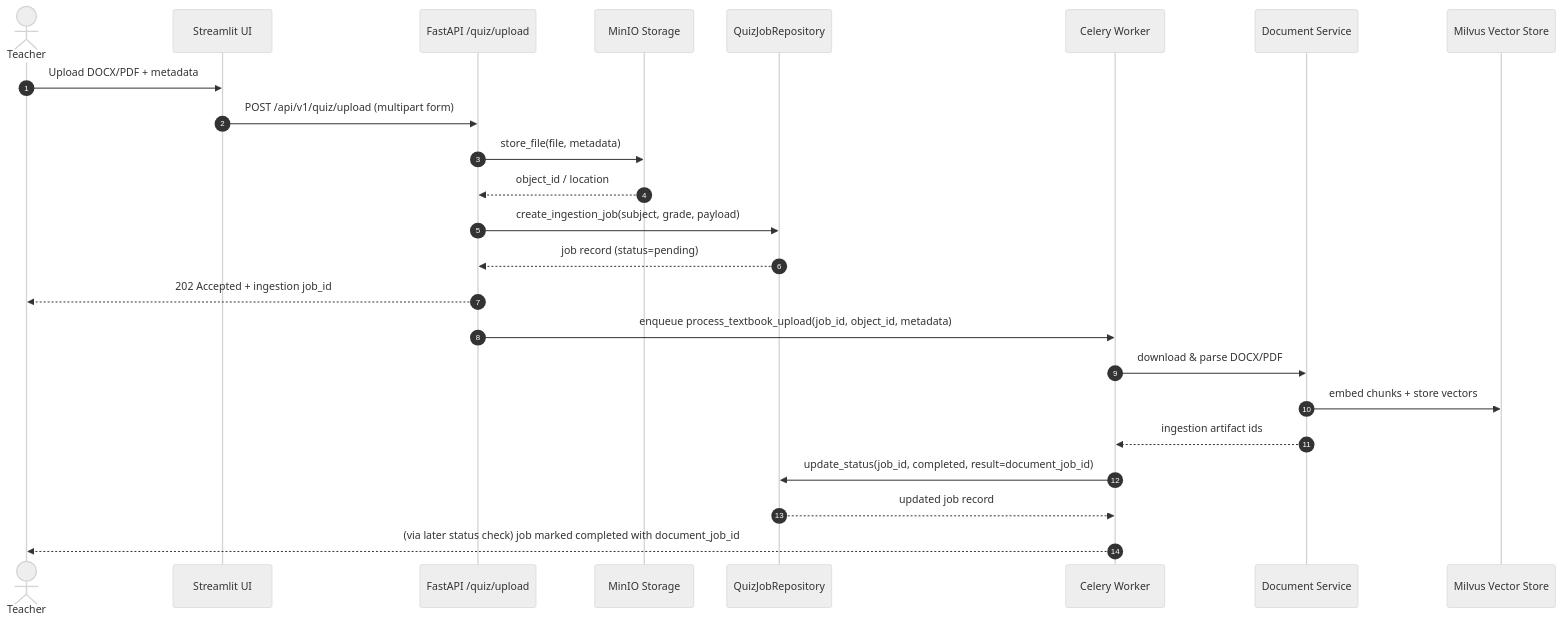
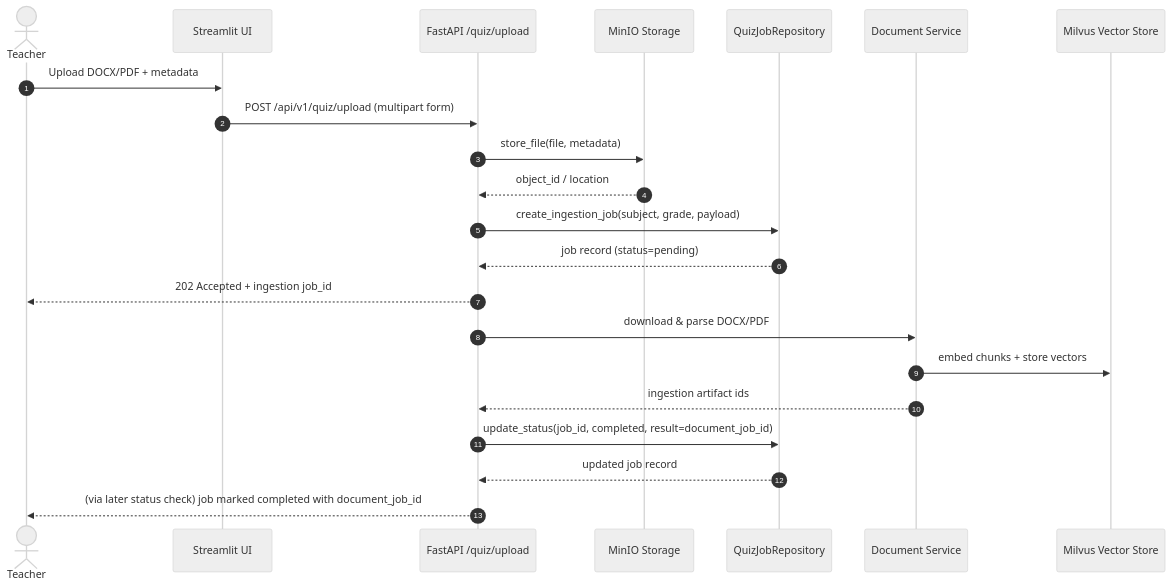
Before and after one commit to im-zhong/eduagent: the second of 3 diagrams in docs/agent_workflow.md, drawn with Mermaid (neutral theme). The commit also changed other lines of this file and 6 other files, not shown here.

````diff
--- a/docs/agent_workflow.md
+++ b/docs/agent_workflow.md
@@ -29,29 +29,26 @@
 ```mermaid
 sequenceDiagram
     autonumber
     actor Teacher
     participant Streamlit as Streamlit UI
     participant FastAPI as FastAPI /quiz/upload
     participant MinIO as MinIO Storage
     participant Repo as QuizJobRepository
-    participant Celery as Celery Worker
     participant DocsSvc as Document Service
     participant Milvus as Milvus Vector Store
 
     Teacher->>Streamlit: Upload DOCX/PDF + metadata
     Streamlit->>FastAPI: POST /api/v1/quiz/upload (multipart form)
     FastAPI->>MinIO: store_file(file, metadata)
     MinIO-->>FastAPI: object_id / location
     FastAPI->>Repo: create_ingestion_job(subject, grade, payload)
     Repo-->>FastAPI: job record (status=pending)
     FastAPI-->>Teacher: 202 Accepted + ingestion job_id
-    FastAPI->>Celery: enqueue process_textbook_upload(job_id, object_id, metadata)
-
-    Celery->>DocsSvc: download & parse DOCX/PDF
+    FastAPI->>DocsSvc: download & parse DOCX/PDF
     DocsSvc->>Milvus: embed chunks + store vectors
-    DocsSvc-->>Celery: ingestion artifact ids
-    Celery->>Repo: update_status(job_id, completed, result=document_job_id)
-    Repo-->>Celery: updated job record
-    Celery-->>Teacher: (via later status check) job marked completed with document_job_id
+    DocsSvc-->>FastAPI: ingestion artifact ids
+    FastAPI->>Repo: update_status(job_id, completed, result=document_job_id)
+    Repo-->>FastAPI: updated job record
+    FastAPI-->>Teacher: (via later status check) job marked completed with document_job_id
 
 ```
````
